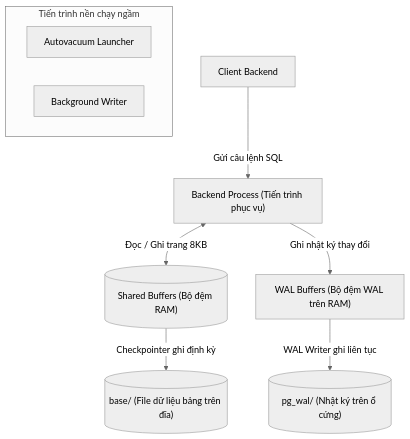
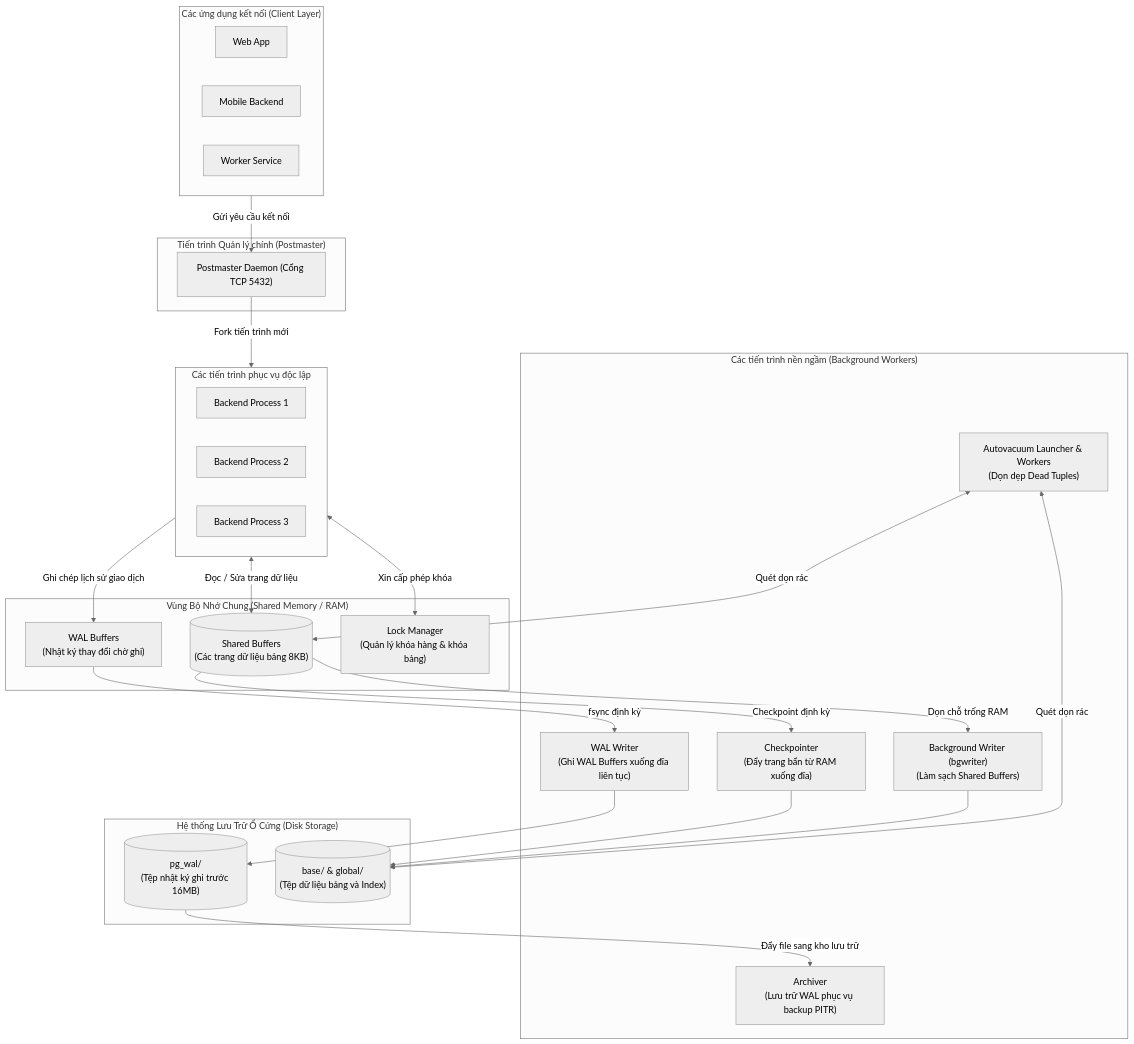
One commit to ThanhPhongvipvip/Tutorial changed diagram 12 of 14 in database/Database.md. Above: the diagram before and after it, drawn with Mermaid (neutral theme). The commit also changed other lines of this file, not shown here.

````diff
--- a/database/Database.md
+++ b/database/Database.md
@@ -1074,14 +1454,59 @@
 ```mermaid
 flowchart TD
-    Client["Client Backend"] -->|"Gửi câu lệnh SQL"| Backend["Backend Process (Tiến trình phục vụ)"]
-    Backend <-->|"Đọc / Ghi trang 8KB"| SB[("Shared Buffers (Bộ đệm RAM)")]
-    Backend -->|"Ghi nhật ký thay đổi"| WB["WAL Buffers (Bộ đệm WAL trên RAM)"]
-    
-    WB -->|"WAL Writer ghi liên tục"| WAL_DISK[("pg_wal/ (Nhật ký trên ổ cứng)")]
-    SB -->|"Checkpointer ghi định kỳ"| DATA_DISK[("base/ (File dữ liệu bảng trên đĩa)")]
-    
-    subgraph Background_Workers ["Tiến trình nền chạy ngầm"]
-        AV["Autovacuum Launcher"]
-        BW["Background Writer"]
+    subgraph Clients ["Các ứng dụng kết nối (Client Layer)"]
+        C1["Web App"]
+        C2["Mobile Backend"]
+        C3["Worker Service"]
     end
+
+    subgraph Master ["Tiến trình Quản lý chính (Postmaster)"]
+        PM["Postmaster Daemon (Cổng TCP 5432)"]
+    end
+
+    subgraph Shared_Memory ["Vùng Bộ Nhớ Chung (Shared Memory / RAM)"]
+        SB[("Shared Buffers
+(Các trang dữ liệu bảng 8KB)")]
+        WB["WAL Buffers
+(Nhật ký thay đổi chờ ghi)"]
+        LM["Lock Manager
+(Quản lý khóa hàng & khóa bảng)"]
+    end
+
+    subgraph Backends ["Các tiến trình phục vụ độc lập"]
+        B1["Backend Process 1"]
+        B2["Backend Process 2"]
+        B3["Backend Process 3"]
+    end
+
+    subgraph Bg_Workers ["Các tiến trình nền ngầm (Background Workers)"]
+        CP["Checkpointer
+(Đẩy trang bẩn từ RAM xuống đĩa)"]
+        BGW["Background Writer (bgwriter)
+(Làm sạch Shared Buffers)"]
+        WW["WAL Writer
+(Ghi WAL Buffers xuống đĩa liên tục)"]
+        AV["Autovacuum Launcher & Workers
+(Dọn dẹp Dead Tuples)"]
+        ARCH["Archiver
+(Lưu trữ WAL phục vụ backup PITR)"]
+    end
+
+    subgraph Storage ["Hệ thống Lưu Trữ Ổ Cứng (Disk Storage)"]
+        WAL_DISK[("pg_wal/
+(Tệp nhật ký ghi trước 16MB)")]
+        DATA_DISK[("base/ & global/
+(Tệp dữ liệu bảng và Index)")]
+    end
+
+    Clients -->|"Gửi yêu cầu kết nối"| PM
+    PM -->|"Fork tiến trình mới"| Backends
+    Backends <-->|"Đọc / Sửa trang dữ liệu"| SB
+    Backends -->|"Ghi chép lịch sử giao dịch"| WB
+    Backends <-->|"Xin cấp phép khóa"| LM
+
+    WB -->|"fsync định kỳ"| WW --> WAL_DISK
+    SB -->|"Checkpoint định kỳ"| CP --> DATA_DISK
+    SB -->|"Dọn chỗ trống RAM"| BGW --> DATA_DISK
+    AV <-->|"Quét dọn rác"| SB & DATA_DISK
+    WAL_DISK -->|"Đẩy file sang kho lưu trữ"| ARCH
 ```
````
